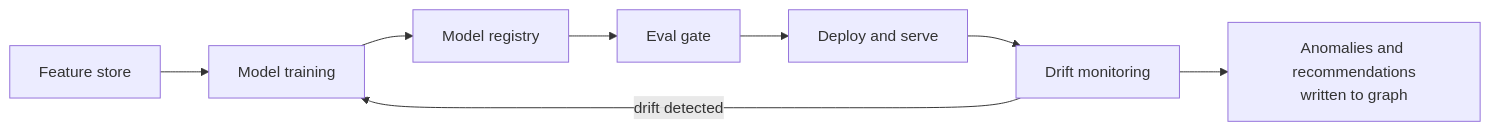
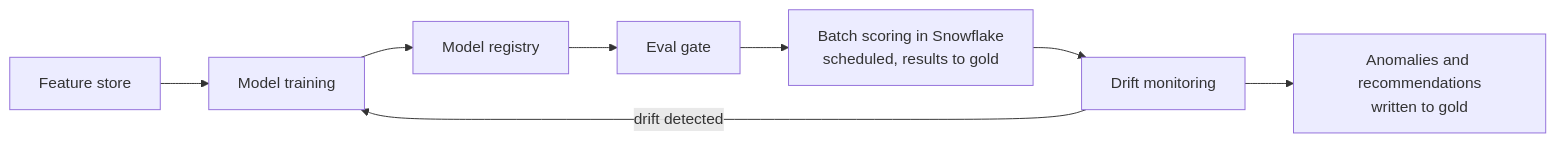
One commit to mbnest/finops-intelligence-platform changed the diagram in docs/Solution_Architecture_MLOps_Pipeline.md. Above: the diagram before and after it, drawn with Mermaid. The commit also changed other lines of this file and 15 other files, not shown here.

First line of the commit message:
Revise architecture docs from review: billing data, ML framing, operating model, rollout, testing, and references

````diff
--- a/docs/Solution_Architecture_MLOps_Pipeline.md
+++ b/docs/Solution_Architecture_MLOps_Pipeline.md
@@ -40,10 +40,10 @@
 ```mermaid
 flowchart LR
     FS[Feature store] --> TR[Model training]
     TR --> REG[Model registry]
     REG --> EVAL[Eval gate]
-    EVAL --> DEPLOY[Deploy and serve]
+    EVAL --> DEPLOY["Batch scoring in Snowflake<br/>scheduled, results to gold"]
     DEPLOY --> MON[Drift monitoring]
     MON -->|drift detected| TR
-    MON --> OUT[Anomalies and recommendations<br/>written to graph]
+    MON --> OUT[Anomalies and recommendations<br/>written to gold]
 ```
````
